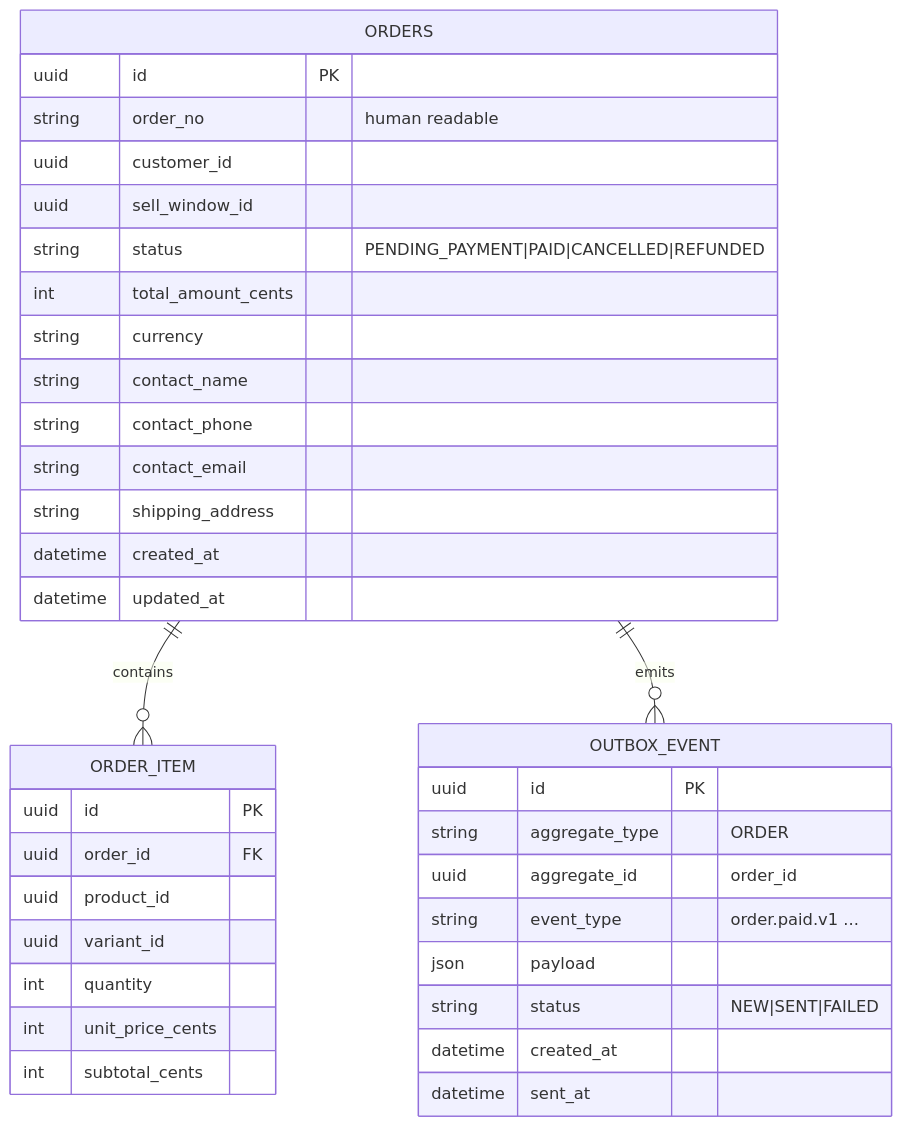
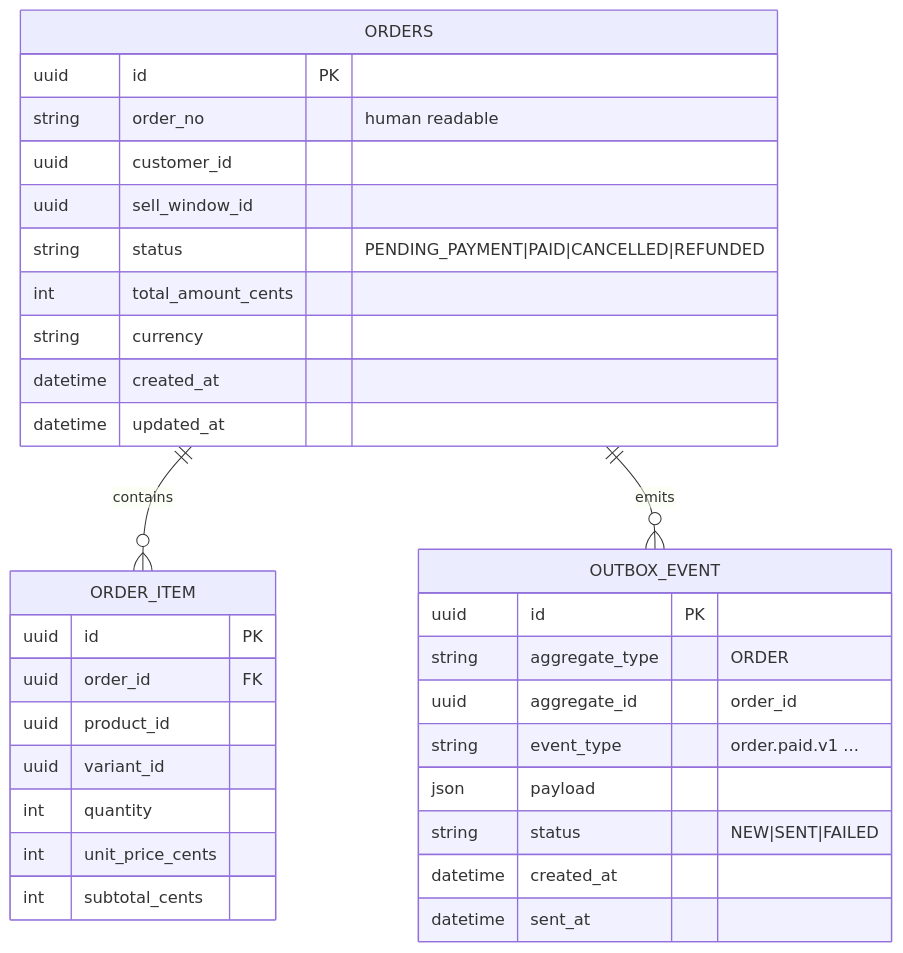
Before and after one commit to wayne2743/merdeleine-commerce: the third of 8 diagrams in docs/ER Model/product_service.md, drawn with Mermaid. The commit also changed other lines of this file and 48 other files, not shown here.

````diff
--- a/docs/ER Model/product_service.md
+++ b/docs/ER Model/product_service.md
@@ -49,42 +81,38 @@
 ```mermaid
 erDiagram
   ORDERS ||--o{ ORDER_ITEM : contains
   ORDERS ||--o{ OUTBOX_EVENT : emits
 
   ORDERS {
     uuid id PK
     string order_no "human readable"
     uuid customer_id
     uuid sell_window_id
     string status "PENDING_PAYMENT|PAID|CANCELLED|REFUNDED"
     int total_amount_cents
     string currency
-    string contact_name
-    string contact_phone
-    string contact_email
-    string shipping_address
     datetime created_at
     datetime updated_at
   }
 
   ORDER_ITEM {
     uuid id PK
     uuid order_id FK
     uuid product_id
     uuid variant_id
     int quantity
     int unit_price_cents
     int subtotal_cents
   }
 
   OUTBOX_EVENT {
     uuid id PK
     string aggregate_type "ORDER"
     uuid aggregate_id "order_id"
     string event_type "order.paid.v1 ..."
     json payload
     string status "NEW|SENT|FAILED"
     datetime created_at
     datetime sent_at
   }
 ```
````
